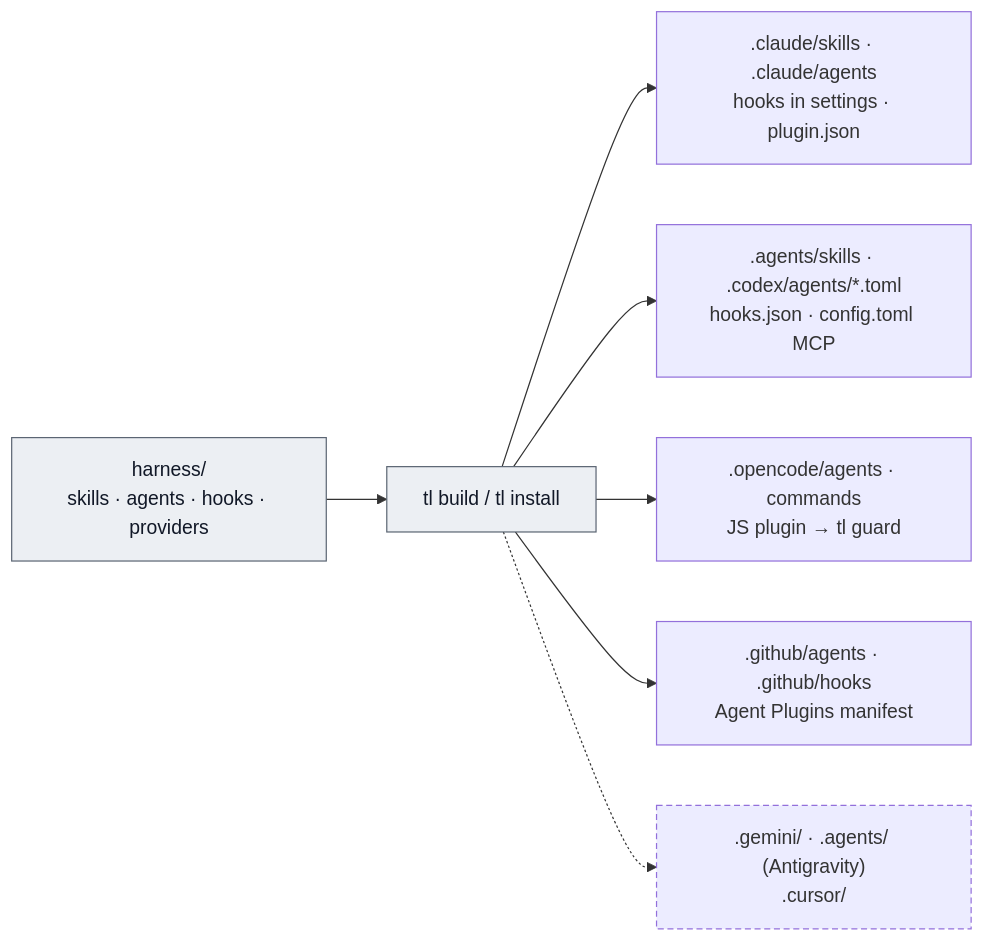
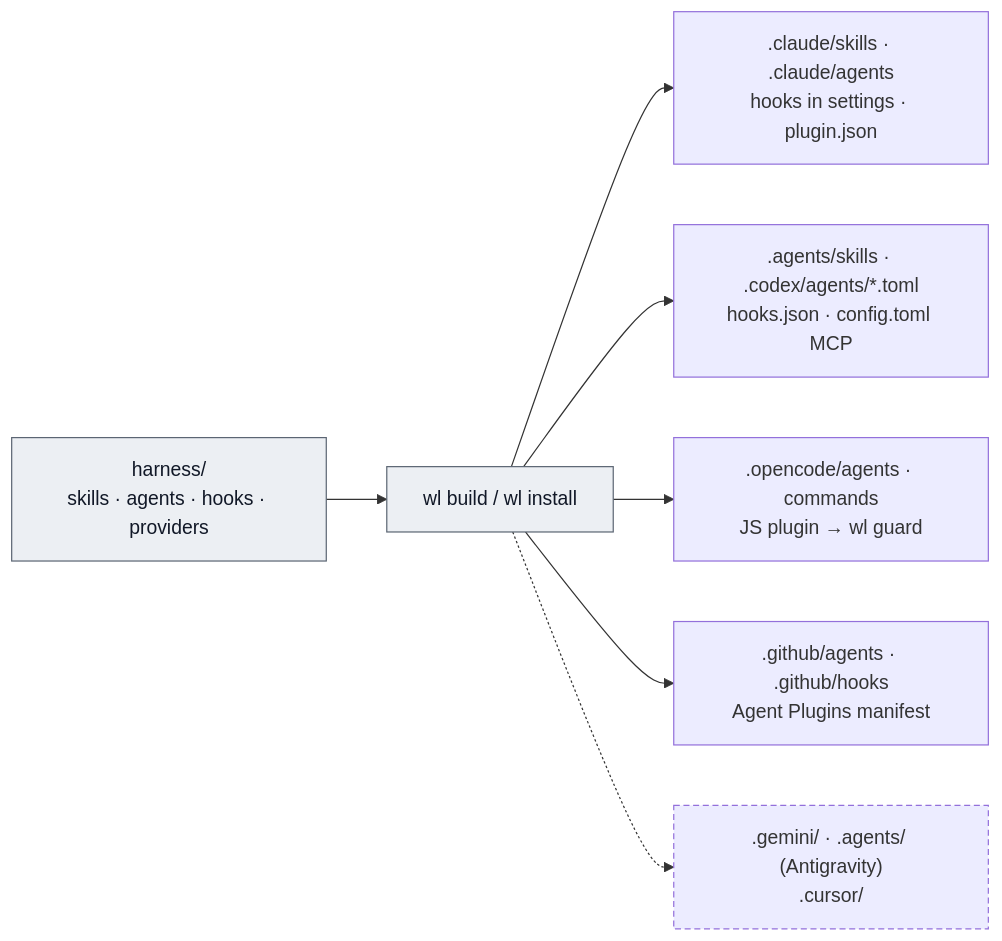
Before and after one commit to dreamingechoes/wholeloop: the diagram in docs/platforms/README.md, drawn with Mermaid. The commit also changed other lines of this file and 61 other files, not shown here.

````diff
--- a/docs/platforms/README.md
+++ b/docs/platforms/README.md
@@ -45,11 +45,11 @@
 ```mermaid
 flowchart LR
-  src["harness/<br/>skills · agents · hooks · providers"]:::core --> gen["tl build / tl install"]:::core
+  src["harness/<br/>skills · agents · hooks · providers"]:::core --> gen["wl build / wl install"]:::core
   gen --> c1[".claude/skills · .claude/agents<br/>hooks in settings · plugin.json"]
   gen --> c2[".agents/skills · .codex/agents/*.toml<br/>hooks.json · config.toml MCP"]
-  gen --> c3[".opencode/agents · commands<br/>JS plugin → tl guard"]
+  gen --> c3[".opencode/agents · commands<br/>JS plugin → wl guard"]
   gen --> c4[".github/agents · .github/hooks<br/>Agent Plugins manifest"]
   gen -.-> c5[".gemini/ · .agents/ (Antigravity)<br/>.cursor/"]:::opt
   classDef core fill:#eceff3,stroke:#5b6573,color:#111827;
   classDef opt stroke-dasharray:5 3;
 ```
````
